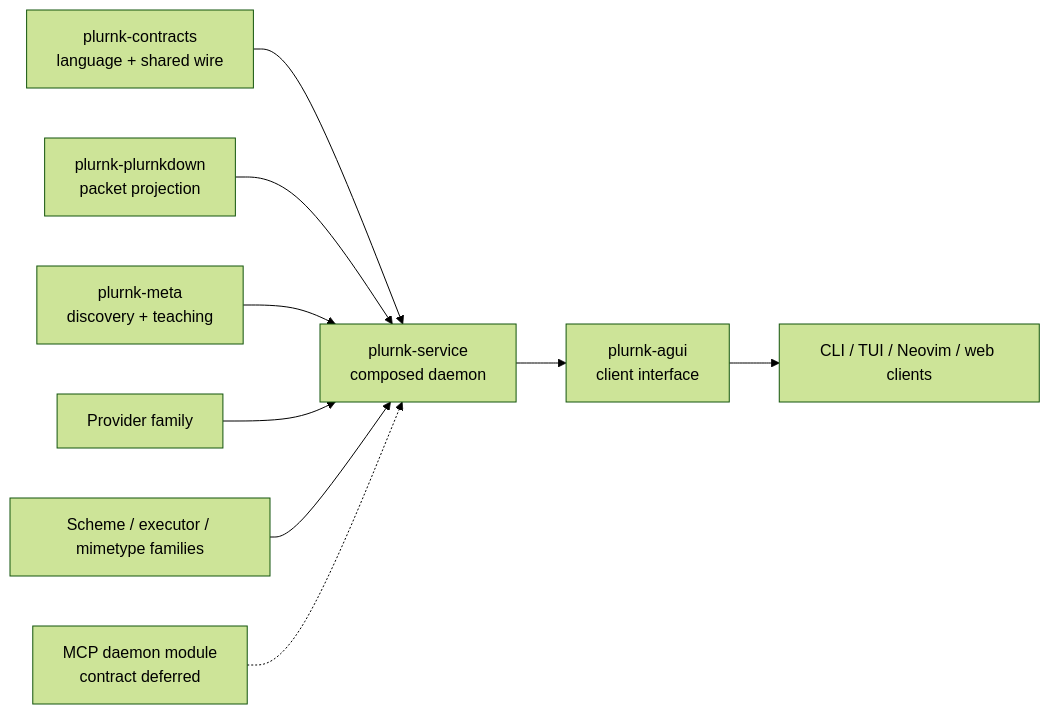
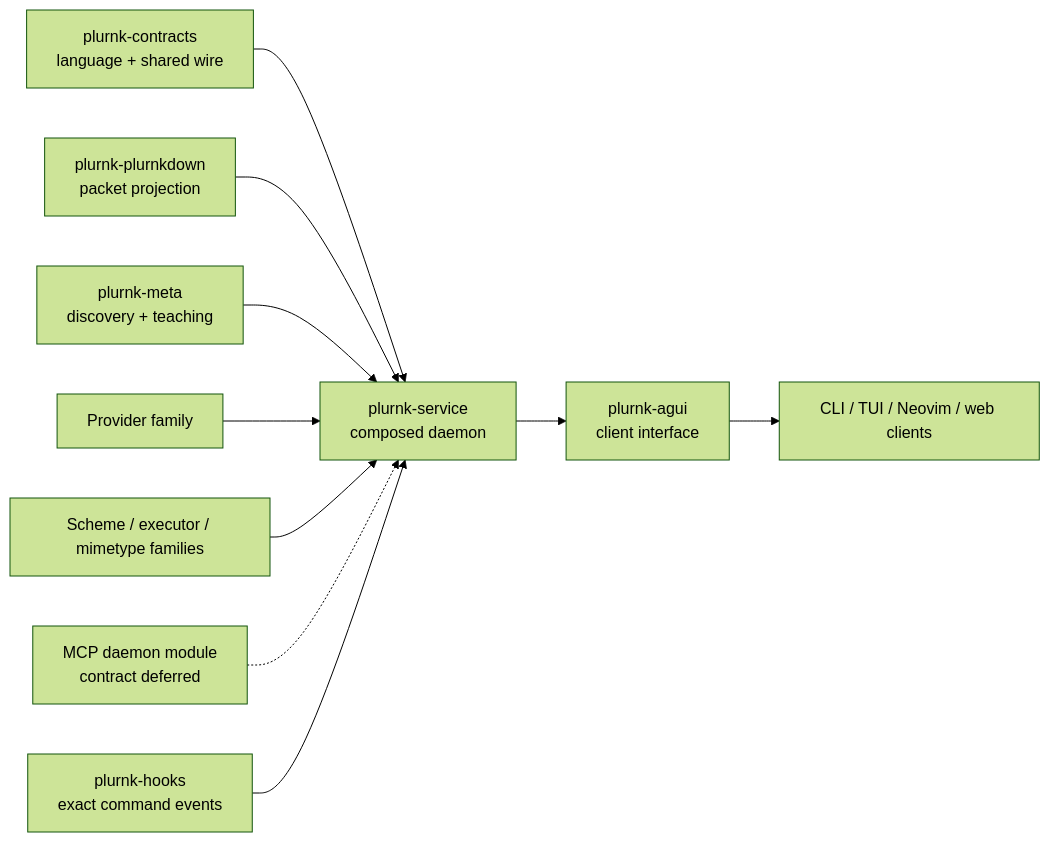
Before and after one commit to plurnk/plurnk-service: the second of 4 diagrams in ARCHITECTURE.md, drawn with Mermaid (forest theme). The commit also changed other lines of this file and 20 other files, not shown here.

Commit message:
feat(hooks): deliver core events to exact commands (#167)

````diff
--- a/ARCHITECTURE.md
+++ b/ARCHITECTURE.md
@@ -32,12 +32,13 @@
 ```mermaid
 flowchart LR
     contracts["plurnk-contracts<br/>language + shared wire"] --> core
     packet["plurnk-plurnkdown<br/>packet projection"] --> core
     meta["plurnk-meta<br/>discovery + teaching"] --> core
     providers["Provider family"] --> core
     capabilities["Scheme / executor / mimetype families"] --> core
     mcp["MCP daemon module<br/>contract deferred"] -.-> core
+    hooks["plurnk-hooks<br/>exact command events"] --> core
     core["plurnk-service<br/>composed daemon"]
     core --> agui["plurnk-agui<br/>client interface"]
     agui --> clients["CLI / TUI / Neovim / web clients"]
 ```
````
